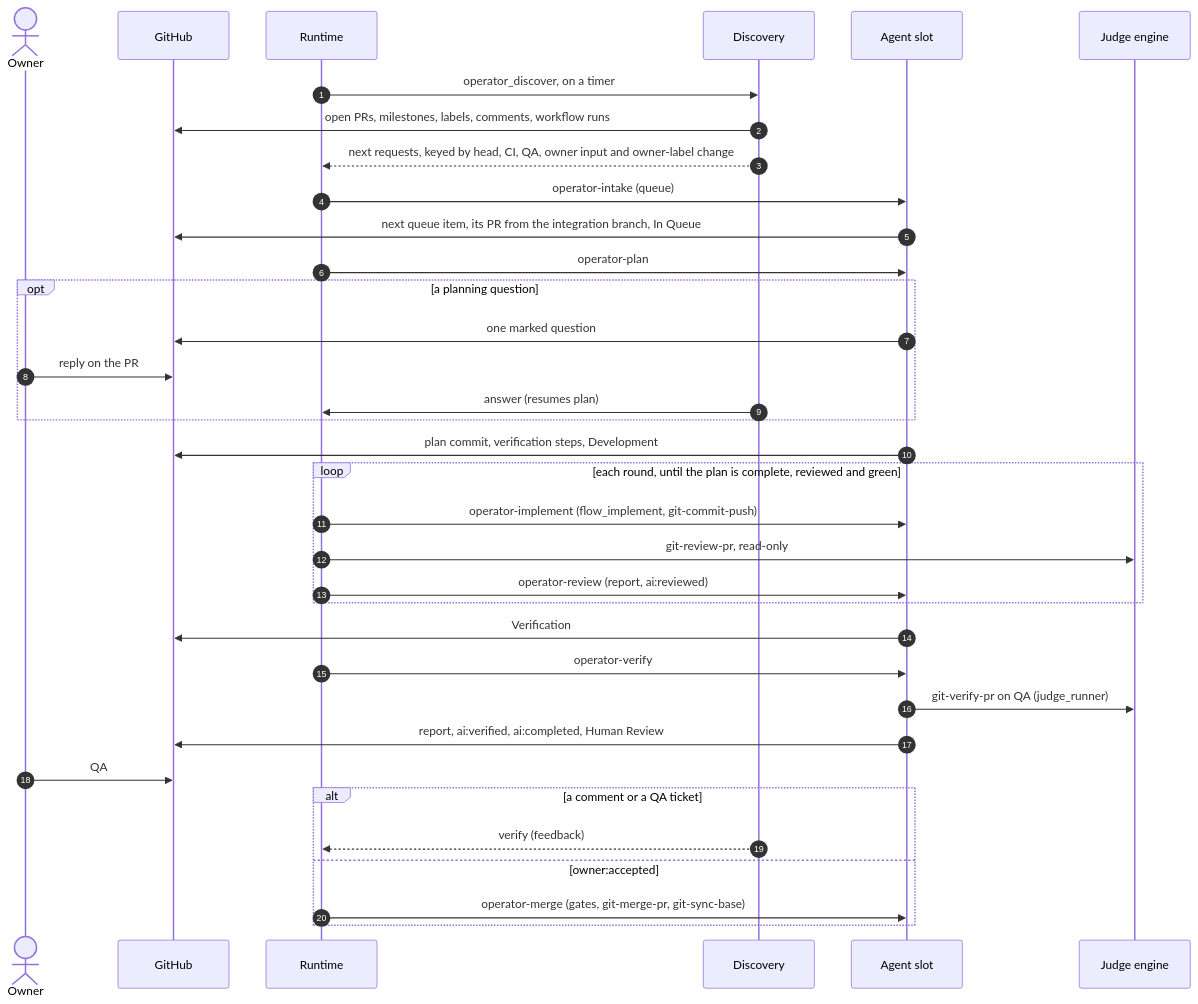
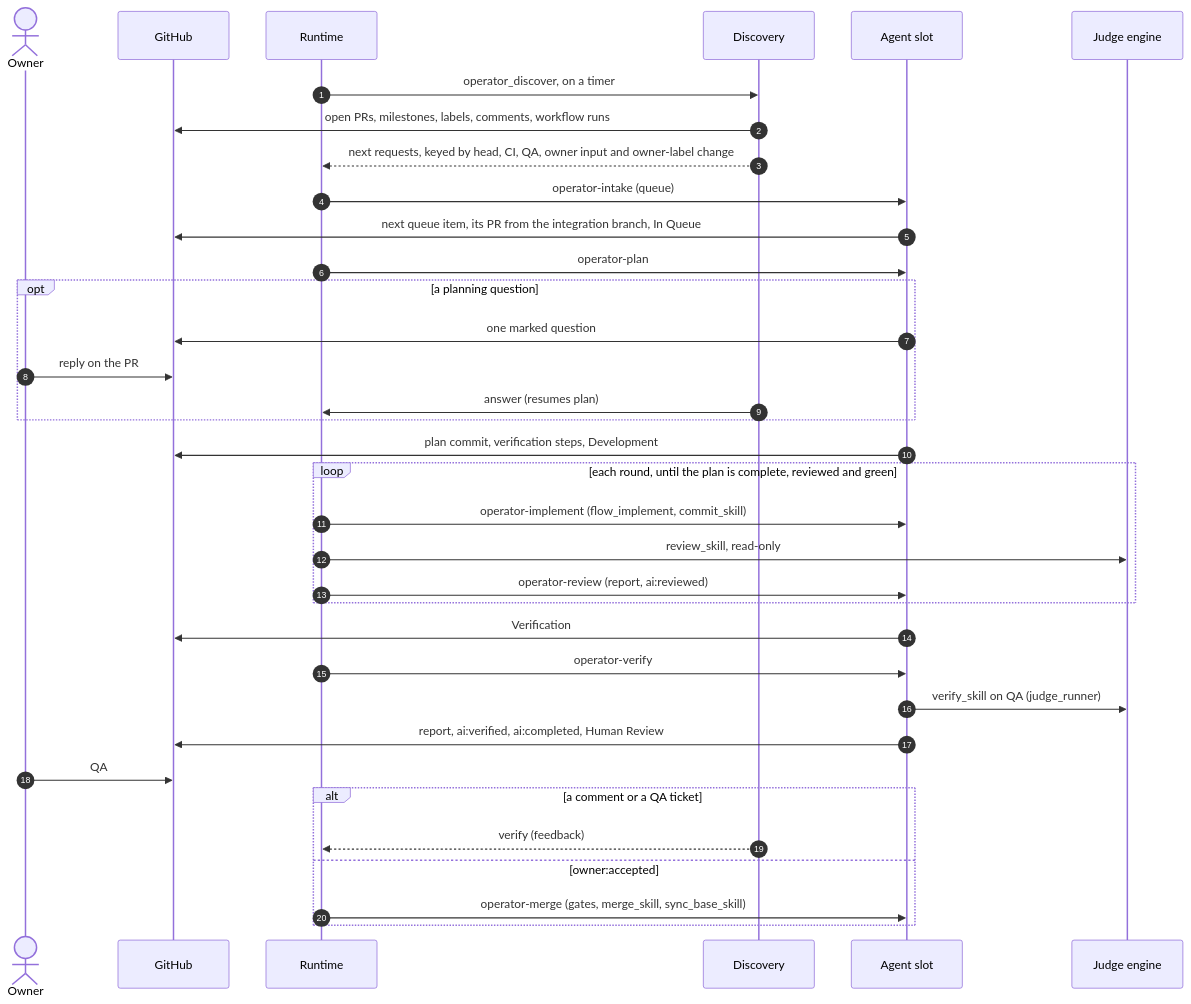
The diagram in packs/operator/README.md (ainova-systems/intelligence-dev-packs), drawn with Mermaid before and after one commit. The commit also changed other lines of this file and 10 other files, not shown here.

````diff
--- a/packs/operator/README.md
+++ b/packs/operator/README.md
@@ -49,42 +61,42 @@
 ```mermaid
 sequenceDiagram
     autonumber
     actor Owner
     participant GH as GitHub
     participant RT as Runtime
     participant D as Discovery
     participant C as Agent slot
     participant J as Judge engine
 
     RT->>D: operator_discover, on a timer
     D->>GH: open PRs, milestones, labels, comments, workflow runs
     D-->>RT: next requests, keyed by head, CI, QA, owner input and owner-label change
 
     RT->>C: operator-intake (queue)
     C->>GH: next queue item, its PR from the integration branch, In Queue
     RT->>C: operator-plan
     opt a planning question
         C->>GH: one marked question
         Owner->>GH: reply on the PR
         D->>RT: answer (resumes plan)
     end
     C->>GH: plan commit, verification steps, Development
 
     loop each round, until the plan is complete, reviewed and green
-        RT->>C: operator-implement (flow_implement, git-commit-push)
-        RT->>J: git-review-pr, read-only
+        RT->>C: operator-implement (flow_implement, commit_skill)
+        RT->>J: review_skill, read-only
         RT->>C: operator-review (report, ai:reviewed)
     end
     C->>GH: Verification
 
     RT->>C: operator-verify
-    C->>J: git-verify-pr on QA (judge_runner)
+    C->>J: verify_skill on QA (judge_runner)
     C->>GH: report, ai:verified, ai:completed, Human Review
 
     Owner->>GH: QA
     alt a comment or a QA ticket
         D-->>RT: verify (feedback)
     else owner:accepted
-        RT->>C: operator-merge (gates, git-merge-pr, git-sync-base)
+        RT->>C: operator-merge (gates, merge_skill, sync_base_skill)
     end
 ```
````
